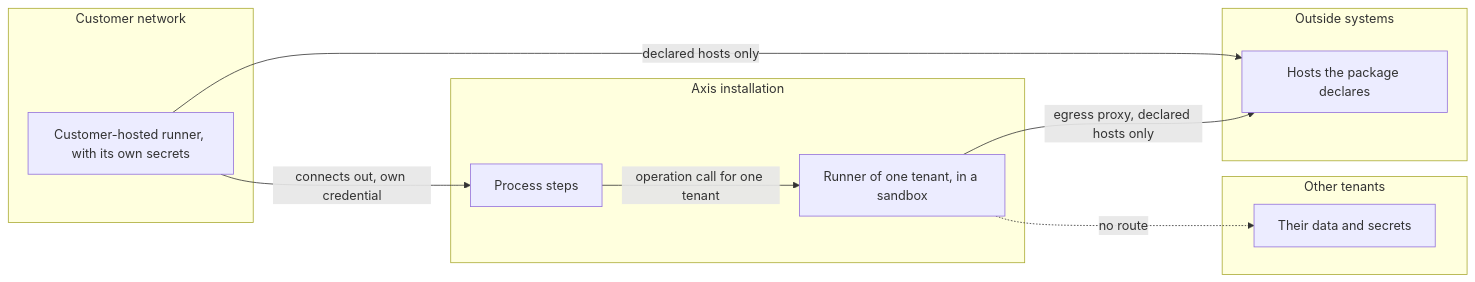
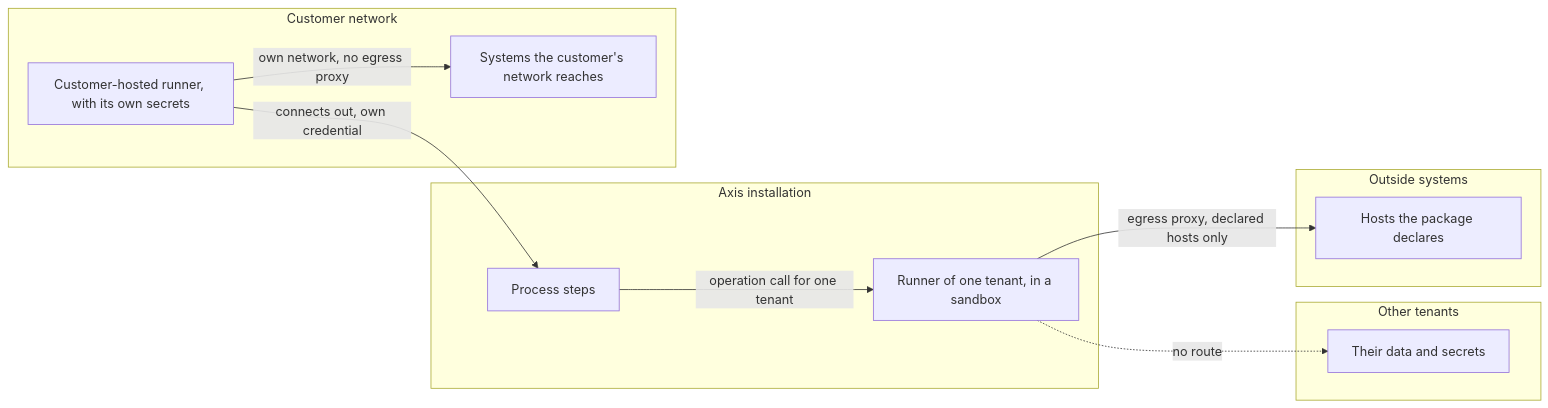
Before and after one commit to phuongnse/axis: the seventh of 23 diagrams in docs/reference/threat-model-product.md, drawn with Mermaid. The commit also changed other lines of this file and 5 other files, not shown here.

````diff
--- a/docs/reference/threat-model-product.md
+++ b/docs/reference/threat-model-product.md
@@ -205,21 +206,22 @@
 ```mermaid
 flowchart LR
     subgraph axis [Axis installation]
         Steps[Process steps]
         Run[Runner of one tenant, in a sandbox]
     end
     subgraph other [Other tenants]
         OtherData[Their data and secrets]
     end
     subgraph customer [Customer network]
         CRun[Customer-hosted runner, with its own secrets]
+        CSys[Systems the customer's network reaches]
     end
     subgraph outside [Outside systems]
         Ext[Hosts the package declares]
     end
     Steps -->|operation call for one tenant| Run
     Run -->|egress proxy, declared hosts only| Ext
     Run -. no route .-> OtherData
     CRun -->|connects out, own credential| Steps
-    CRun -->|declared hosts only| Ext
+    CRun -->|own network, no egress proxy| CSys
 ```
````
